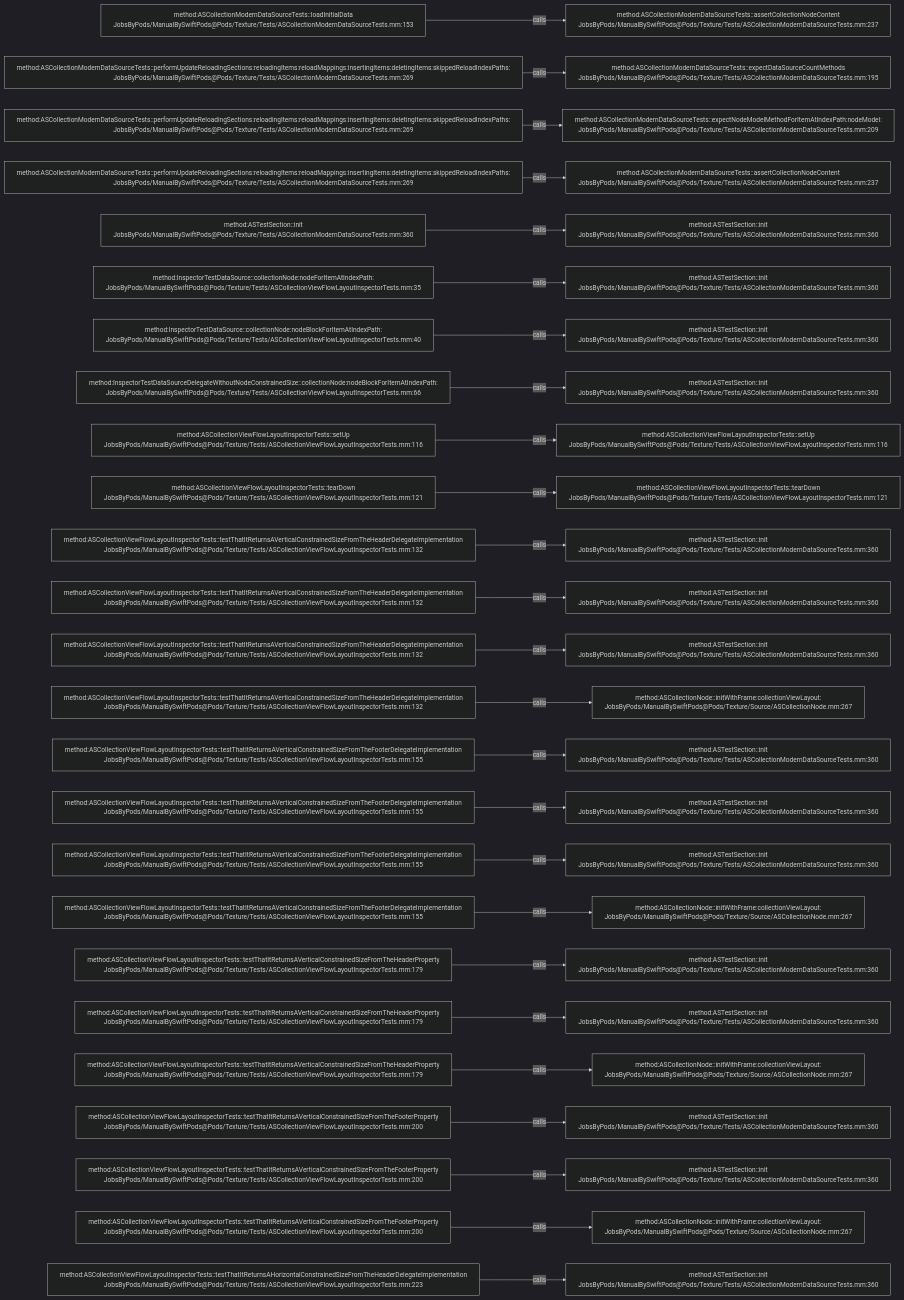
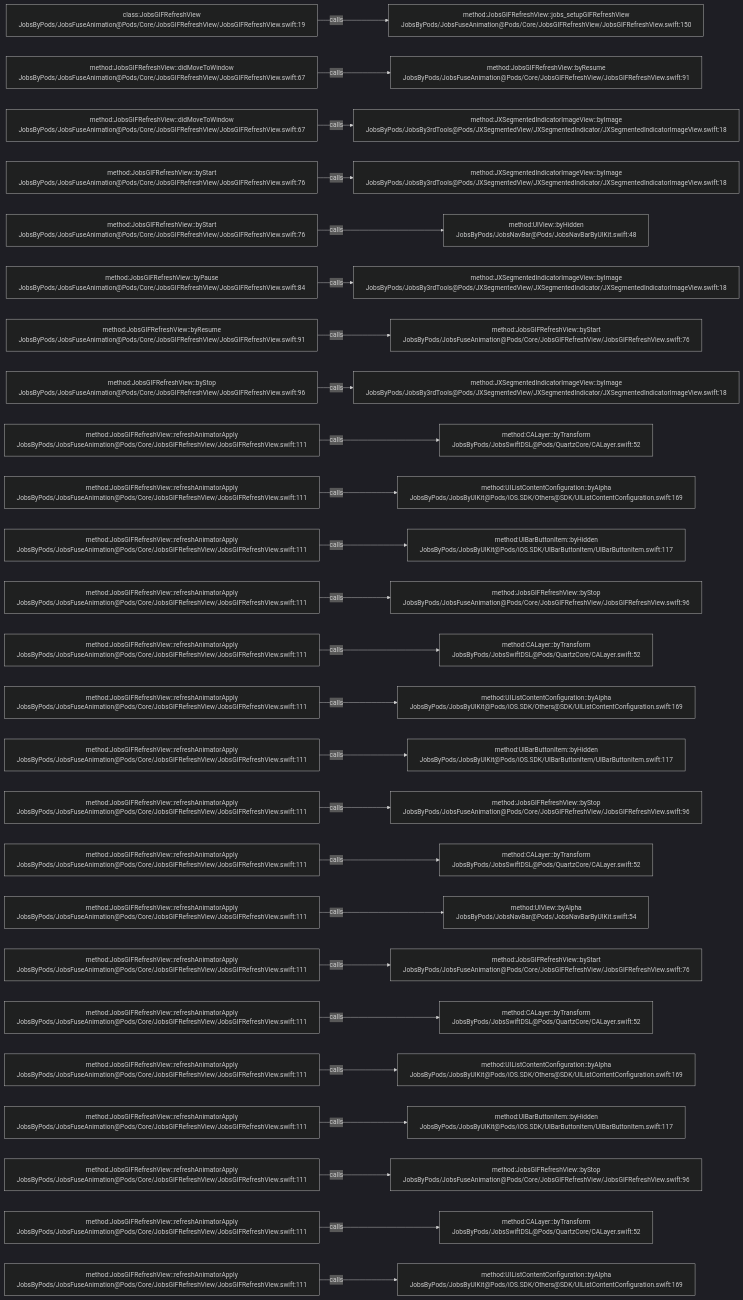
One commit to JobsKits/JobsSwiftBaseConfigDemo changed the diagram in .codegraph/codegraph.md/graphs/calls-168.md. Above: the diagram before and after it, drawn with Mermaid (dark theme). The commit also changed 224 other files, not shown here.

````diff
--- a/.codegraph/codegraph.md/graphs/calls-168.md
+++ b/.codegraph/codegraph.md/graphs/calls-168.md
@@ -13,78 +13,78 @@
 ```mermaid
 flowchart LR
-  S1["method:ASCollectionModernDataSourceTests::loadInitialData<br/>JobsByPods/ManualBySwiftPods@Pods/Texture/Tests/ASCollectionModernDataSourceTests.mm:153"]
-  T1["method:ASCollectionModernDataSourceTests::assertCollectionNodeContent<br/>JobsByPods/ManualBySwiftPods@Pods/Texture/Tests/ASCollectionModernDataSourceTests.mm:237"]
+  S1["class:JobsGIFRefreshView<br/>JobsByPods/JobsFuseAnimation@Pods/Core/JobsGIFRefreshView/JobsGIFRefreshView.swift:19"]
+  T1["method:JobsGIFRefreshView::jobs_setupGIFRefreshView<br/>JobsByPods/JobsFuseAnimation@Pods/Core/JobsGIFRefreshView/JobsGIFRefreshView.swift:150"]
   S1 -->|calls| T1
-  S2["method:ASCollectionModernDataSourceTests::performUpdateReloadingSections:reloadingItems:reloadMappings:insertingItems:deletingItems:skippedReloadIndexPaths:<br/>JobsByPods/ManualBySwiftPods@Pods/Texture/Tests/ASCollectionModernDataSourceTests.mm:269"]
-  T2["method:ASCollectionModernDataSourceTests::expectDataSourceCountMethods<br/>JobsByPods/ManualBySwiftPods@Pods/Texture/Tests/ASCollectionModernDataSourceTests.mm:195"]
+  S2["method:JobsGIFRefreshView::didMoveToWindow<br/>JobsByPods/JobsFuseAnimation@Pods/Core/JobsGIFRefreshView/JobsGIFRefreshView.swift:67"]
+  T2["method:JobsGIFRefreshView::byResume<br/>JobsByPods/JobsFuseAnimation@Pods/Core/JobsGIFRefreshView/JobsGIFRefreshView.swift:91"]
   S2 -->|calls| T2
-  S3["method:ASCollectionModernDataSourceTests::performUpdateReloadingSections:reloadingItems:reloadMappings:insertingItems:deletingItems:skippedReloadIndexPaths:<br/>JobsByPods/ManualBySwiftPods@Pods/Texture/Tests/ASCollectionModernDataSourceTests.mm:269"]
-  T3["method:ASCollectionModernDataSourceTests::expectNodeModelMethodForItemAtIndexPath:nodeModel:<br/>JobsByPods/ManualBySwiftPods@Pods/Texture/Tests/ASCollectionModernDataSourceTests.mm:209"]
+  S3["method:JobsGIFRefreshView::didMoveToWindow<br/>JobsByPods/JobsFuseAnimation@Pods/Core/JobsGIFRefreshView/JobsGIFRefreshView.swift:67"]
+  T3["method:JXSegmentedIndicatorImageView::byImage<br/>JobsByPods/JobsBy3rdTools@Pods/JXSegmentedView/JXSegmentedIndicator/JXSegmentedIndicatorImageView.swift:18"]
   S3 -->|calls| T3
-  S4["method:ASCollectionModernDataSourceTests::performUpdateReloadingSections:reloadingItems:reloadMappings:insertingItems:deletingItems:skippedReloadIndexPaths:<br/>JobsByPods/ManualBySwiftPods@Pods/Texture/Tests/ASCollectionModernDataSourceTests.mm:269"]
-  T4["method:ASCollectionModernDataSourceTests::assertCollectionNodeContent<br/>JobsByPods/ManualBySwiftPods@Pods/Texture/Tests/ASCollectionModernDataSourceTests.mm:237"]
+  S4["method:JobsGIFRefreshView::byStart<br/>JobsByPods/JobsFuseAnimation@Pods/Core/JobsGIFRefreshView/JobsGIFRefreshView.swift:76"]
+  T4["method:JXSegmentedIndicatorImageView::byImage<br/>JobsByPods/JobsBy3rdTools@Pods/JXSegmentedView/JXSegmentedIndicator/JXSegmentedIndicatorImageView.swift:18"]
   S4 -->|calls| T4
-  S5["method:ASTestSection::init<br/>JobsByPods/ManualBySwiftPods@Pods/Texture/Tests/ASCollectionModernDataSourceTests.mm:360"]
-  T5["method:ASTestSection::init<br/>JobsByPods/ManualBySwiftPods@Pods/Texture/Tests/ASCollectionModernDataSourceTests.mm:360"]
+  S5["method:JobsGIFRefreshView::byStart<br/>JobsByPods/JobsFuseAnimation@Pods/Core/JobsGIFRefreshView/JobsGIFRefreshView.swift:76"]
+  T5["method:UIView::byHidden<br/>JobsByPods/JobsNavBar@Pods/JobsNavBarByUIKit.swift:48"]
   S5 -->|calls| T5
-  S6["method:InspectorTestDataSource::collectionNode:nodeForItemAtIndexPath:<br/>JobsByPods/ManualBySwiftPods@Pods/Texture/Tests/ASCollectionViewFlowLayoutInspectorTests.mm:35"]
-  T6["method:ASTestSection::init<br/>JobsByPods/ManualBySwiftPods@Pods/Texture/Tests/ASCollectionModernDataSourceTests.mm:360"]
+  S6["method:JobsGIFRefreshView::byPause<br/>JobsByPods/JobsFuseAnimation@Pods/Core/JobsGIFRefreshView/JobsGIFRefreshView.swift:84"]
+  T6["method:JXSegmentedIndicatorImageView::byImage<br/>JobsByPods/JobsBy3rdTools@Pods/JXSegmentedView/JXSegmentedIndicator/JXSegmentedIndicatorImageView.swift:18"]
   S6 -->|calls| T6
-  S7["method:InspectorTestDataSource::collectionNode:nodeBlockForItemAtIndexPath:<br/>JobsByPods/ManualBySwiftPods@Pods/Texture/Tests/ASCollectionViewFlowLayoutInspectorTests.mm:40"]
-  T7["method:ASTestSection::init<br/>JobsByPods/ManualBySwiftPods@Pods/Texture/Tests/ASCollectionModernDataSourceTests.mm:360"]
+  S7["method:JobsGIFRefreshView::byResume<br/>JobsByPods/JobsFuseAnimation@Pods/Core/JobsGIFRefreshView/JobsGIFRefreshView.swift:91"]
+  T7["method:JobsGIFRefreshView::byStart<br/>JobsByPods/JobsFuseAnimation@Pods/Core/JobsGIFRefreshView/JobsGIFRefreshView.swift:76"]
   S7 -->|calls| T7
-  S8["method:InspectorTestDataSourceDelegateWithoutNodeConstrainedSize::collectionNode:nodeBlockForItemAtIndexPath:<br/>JobsByPods/ManualBySwiftPods@Pods/Texture/Tests/ASCollectionViewFlowLayoutInspectorTests.mm:66"]
-  T8["method:ASTestSection::init<br/>JobsByPods/ManualBySwiftPods@Pods/Texture/Tests/ASCollectionModernDataSourceTests.mm:360"]
+  S8["method:JobsGIFRefreshView::byStop<br/>JobsByPods/JobsFuseAnimation@Pods/Core/JobsGIFRefreshView/JobsGIFRefreshView.swift:96"]
+  T8["method:JXSegmentedIndicatorImageView::byImage<br/>JobsByPods/JobsBy3rdTools@Pods/JXSegmentedView/JXSegmentedIndicator/JXSegmentedIndicatorImageView.swift:18"]
   S8 -->|calls| T8
-  S9["method:ASCollectionViewFlowLayoutInspectorTests::setUp<br/>JobsByPods/ManualBySwiftPods@Pods/Texture/Tests/ASCollectionViewFlowLayoutInspectorTests.mm:116"]
-  T9["method:ASCollectionViewFlowLayoutInspectorTests::setUp<br/>JobsByPods/ManualBySwiftPods@Pods/Texture/Tests/ASCollectionViewFlowLayoutInspectorTests.mm:116"]
+  S9["method:JobsGIFRefreshView::refreshAnimatorApply<br/>JobsByPods/JobsFuseAnimation@Pods/Core/JobsGIFRefreshView/JobsGIFRefreshView.swift:111"]
+  T9["method:CALayer::byTransform<br/>JobsByPods/JobsSwiftDSL@Pods/QuartzCore/CALayer.swift:52"]
   S9 -->|calls| T9
-  S10["method:ASCollectionViewFlowLayoutInspectorTests::tearDown<br/>JobsByPods/ManualBySwiftPods@Pods/Texture/Tests/ASCollectionViewFlowLayoutInspectorTests.mm:121"]
-  T10["method:ASCollectionViewFlowLayoutInspectorTests::tearDown<br/>JobsByPods/ManualBySwiftPods@Pods/Texture/Tests/ASCollectionViewFlowLayoutInspectorTests.mm:121"]
+  S10["method:JobsGIFRefreshView::refreshAnimatorApply<br/>JobsByPods/JobsFuseAnimation@Pods/Core/JobsGIFRefreshView/JobsGIFRefreshView.swift:111"]
+  T10["method:UIListContentConfiguration::byAlpha<br/>JobsByPods/JobsByUIKit@Pods/iOS.SDK/Others@SDK/UIListContentConfiguration.swift:169"]
   S10 -->|calls| T10
-  S11["method:ASCollectionViewFlowLayoutInspectorTests::testThatItReturnsAVerticalConstrainedSizeFromTheHeaderDelegateImplementation<br/>JobsByPods/ManualBySwiftPods@Pods/Texture/Tests/ASCollectionViewFlowLayoutInspectorTests.mm:132"]
-  T11["method:ASTestSection::init<br/>JobsByPods/ManualBySwiftPods@Pods/Texture/Tests/ASCollectionModernDataSourceTests.mm:360"]
+  S11["method:JobsGIFRefreshView::refreshAnimatorApply<br/>JobsByPods/JobsFuseAnimation@Pods/Core/JobsGIFRefreshView/JobsGIFRefreshView.swift:111"]
+  T11["method:UIBarButtonItem::byHidden<br/>JobsByPods/JobsByUIKit@Pods/iOS.SDK/UIBarButtonItem/UIBarButtonItem.swift:117"]
   S11 -->|calls| T11
-  S12["method:ASCollectionViewFlowLayoutInspectorTests::testThatItReturnsAVerticalConstrainedSizeFromTheHeaderDelegateImplementation<br/>JobsByPods/ManualBySwiftPods@Pods/Texture/Tests/ASCollectionViewFlowLayoutInspectorTests.mm:132"]
-  T12["method:ASTestSection::init<br/>JobsByPods/ManualBySwiftPods@Pods/Texture/Tests/ASCollectionModernDataSourceTests.mm:360"]
+  S12["method:JobsGIFRefreshView::refreshAnimatorApply<br/>JobsByPods/JobsFuseAnimation@Pods/Core/JobsGIFRefreshView/JobsGIFRefreshView.swift:111"]
+  T12["method:JobsGIFRefreshView::byStop<br/>JobsByPods/JobsFuseAnimation@Pods/Core/JobsGIFRefreshView/JobsGIFRefreshView.swift:96"]
   S12 -->|calls| T12
-  S13["method:ASCollectionViewFlowLayoutInspectorTests::testThatItReturnsAVerticalConstrainedSizeFromTheHeaderDelegateImplementation<br/>JobsByPods/ManualBySwiftPods@Pods/Texture/Tests/ASCollectionViewFlowLayoutInspectorTests.mm:132"]
-  T13["method:ASTestSection::init<br/>JobsByPods/ManualBySwiftPods@Pods/Texture/Tests/ASCollectionModernDataSourceTests.mm:360"]
+  S13["method:JobsGIFRefreshView::refreshAnimatorApply<br/>JobsByPods/JobsFuseAnimation@Pods/Core/JobsGIFRefreshView/JobsGIFRefreshView.swift:111"]
+  T13["method:CALayer::byTransform<br/>JobsByPods/JobsSwiftDSL@Pods/QuartzCore/CALayer.swift:52"]
   S13 -->|calls| T13
-  S14["method:ASCollectionViewFlowLayoutInspectorTests::testThatItReturnsAVerticalConstrainedSizeFromTheHeaderDelegateImplementation<br/>JobsByPods/ManualBySwiftPods@Pods/Texture/Tests/ASCollectionViewFlowLayoutInspectorTests.mm:132"]
-  T14["method:ASCollectionNode::initWithFrame:collectionViewLayout:<br/>JobsByPods/ManualBySwiftPods@Pods/Texture/Source/ASCollectionNode.mm:267"]
+  S14["method:JobsGIFRefreshView::refreshAnimatorApply<br/>JobsByPods/JobsFuseAnimation@Pods/Core/JobsGIFRefreshView/JobsGIFRefreshView.swift:111"]
+  T14["method:UIListContentConfiguration::byAlpha<br/>JobsByPods/JobsByUIKit@Pods/iOS.SDK/Others@SDK/UIListContentConfiguration.swift:169"]
   S14 -->|calls| T14
-  S15["method:ASCollectionViewFlowLayoutInspectorTests::testThatItReturnsAVerticalConstrainedSizeFromTheFooterDelegateImplementation<br/>JobsByPods/ManualBySwiftPods@Pods/Texture/Tests/ASCollectionViewFlowLayoutInspectorTests.mm:155"]
-  T15["method:ASTestSection::init<br/>JobsByPods/ManualBySwiftPods@Pods/Texture/Tests/ASCollectionModernDataSourceTests.mm:360"]
+  S15["method:JobsGIFRefreshView::refreshAnimatorApply<br/>JobsByPods/JobsFuseAnimation@Pods/Core/JobsGIFRefreshView/JobsGIFRefreshView.swift:111"]
+  T15["method:UIBarButtonItem::byHidden<br/>JobsByPods/JobsByUIKit@Pods/iOS.SDK/UIBarButtonItem/UIBarButtonItem.swift:117"]
   S15 -->|calls| T15
-  S16["method:ASCollectionViewFlowLayoutInspectorTests::testThatItReturnsAVerticalConstrainedSizeFromTheFooterDelegateImplementation<br/>JobsByPods/ManualBySwiftPods@Pods/Texture/Tests/ASCollectionViewFlowLayoutInspectorTests.mm:155"]
-  T16["method:ASTestSection::init<br/>JobsByPods/ManualBySwiftPods@Pods/Texture/Tests/ASCollectionModernDataSourceTests.mm:360"]
+  S16["method:JobsGIFRefreshView::refreshAnimatorApply<br/>JobsByPods/JobsFuseAnimation@Pods/Core/JobsGIFRefreshView/JobsGIFRefreshView.swift:111"]
+  T16["method:JobsGIFRefreshView::byStop<br/>JobsByPods/JobsFuseAnimation@Pods/Core/JobsGIFRefreshView/JobsGIFRefreshView.swift:96"]
   S16 -->|calls| T16
-  S17["method:ASCollectionViewFlowLayoutInspectorTests::testThatItReturnsAVerticalConstrainedSizeFromTheFooterDelegateImplementation<br/>JobsByPods/ManualBySwiftPods@Pods/Texture/Tests/ASCollectionViewFlowLayoutInspectorTests.mm:155"]
-  T17["method:ASTestSection::init<br/>JobsByPods/ManualBySwiftPods@Pods/Texture/Tests/ASCollectionModernDataSourceTests.mm:360"]
+  S17["method:JobsGIFRefreshView::refreshAnimatorApply<br/>JobsByPods/JobsFuseAnimation@Pods/Core/JobsGIFRefreshView/JobsGIFRefreshView.swift:111"]
+  T17["method:CALayer::byTransform<br/>JobsByPods/JobsSwiftDSL@Pods/QuartzCore/CALayer.swift:52"]
   S17 -->|calls| T17
-  S18["method:ASCollectionViewFlowLayoutInspectorTests::testThatItReturnsAVerticalConstrainedSizeFromTheFooterDelegateImplementation<br/>JobsByPods/ManualBySwiftPods@Pods/Texture/Tests/ASCollectionViewFlowLayoutInspectorTests.mm:155"]
-  T18["method:ASCollectionNode::initWithFrame:collectionViewLayout:<br/>JobsByPods/ManualBySwiftPods@Pods/Texture/Source/ASCollectionNode.mm:267"]
+  S18["method:JobsGIFRefreshView::refreshAnimatorApply<br/>JobsByPods/JobsFuseAnimation@Pods/Core/JobsGIFRefreshView/JobsGIFRefreshView.swift:111"]
+  T18["method:UIView::byAlpha<br/>JobsByPods/JobsNavBar@Pods/JobsNavBarByUIKit.swift:54"]
   S18 -->|calls| T18
-  S19["method:ASCollectionViewFlowLayoutInspectorTests::testThatItReturnsAVerticalConstrainedSizeFromTheHeaderProperty<br/>JobsByPods/ManualBySwiftPods@Pods/Texture/Tests/ASCollectionViewFlowLayoutInspectorTests.mm:179"]
-  T19["method:ASTestSection::init<br/>JobsByPods/ManualBySwiftPods@Pods/Texture/Tests/ASCollectionModernDataSourceTests.mm:360"]
+  S19["method:JobsGIFRefreshView::refreshAnimatorApply<br/>JobsByPods/JobsFuseAnimation@Pods/Core/JobsGIFRefreshView/JobsGIFRefreshView.swift:111"]
+  T19["method:JobsGIFRefreshView::byStart<br/>JobsByPods/JobsFuseAnimation@Pods/Core/JobsGIFRefreshView/JobsGIFRefreshView.swift:76"]
   S19 -->|calls| T19
-  S20["method:ASCollectionViewFlowLayoutInspectorTests::testThatItReturnsAVerticalConstrainedSizeFromTheHeaderProperty<br/>JobsByPods/ManualBySwiftPods@Pods/Texture/Tests/ASCollectionViewFlowLayoutInspectorTests.mm:179"]
-  T20["method:ASTestSection::init<br/>JobsByPods/ManualBySwiftPods@Pods/Texture/Tests/ASCollectionModernDataSourceTests.mm:360"]
+  S20["method:JobsGIFRefreshView::refreshAnimatorApply<br/>JobsByPods/JobsFuseAnimation@Pods/Core/JobsGIFRefreshView/JobsGIFRefreshView.swift:111"]
+  T20["method:CALayer::byTransform<br/>JobsByPods/JobsSwiftDSL@Pods/QuartzCore/CALayer.swift:52"]
   S20 -->|calls| T20
-  S21["method:ASCollectionViewFlowLayoutInspectorTests::testThatItReturnsAVerticalConstrainedSizeFromTheHeaderProperty<br/>JobsByPods/ManualBySwiftPods@Pods/Texture/Tests/ASCollectionViewFlowLayoutInspectorTests.mm:179"]
-  T21["method:ASCollectionNode::initWithFrame:collectionViewLayout:<br/>JobsByPods/ManualBySwiftPods@Pods/Texture/Source/ASCollectionNode.mm:267"]
+  S21["method:JobsGIFRefreshView::refreshAnimatorApply<br/>JobsByPods/JobsFuseAnimation@Pods/Core/JobsGIFRefreshView/JobsGIFRefreshView.swift:111"]
+  T21["method:UIListContentConfiguration::byAlpha<br/>JobsByPods/JobsByUIKit@Pods/iOS.SDK/Others@SDK/UIListContentConfiguration.swift:169"]
   S21 -->|calls| T21
-  S22["method:ASCollectionViewFlowLayoutInspectorTests::testThatItReturnsAVerticalConstrainedSizeFromTheFooterProperty<br/>JobsByPods/ManualBySwiftPods@Pods/Texture/Tests/ASCollectionViewFlowLayoutInspectorTests.mm:200"]
-  T22["method:ASTestSection::init<br/>JobsByPods/ManualBySwiftPods@Pods/Texture/Tests/ASCollectionModernDataSourceTests.mm:360"]
+  S22["method:JobsGIFRefreshView::refreshAnimatorApply<br/>JobsByPods/JobsFuseAnimation@Pods/Core/JobsGIFRefreshView/JobsGIFRefreshView.swift:111"]
+  T22["method:UIBarButtonItem::byHidden<br/>JobsByPods/JobsByUIKit@Pods/iOS.SDK/UIBarButtonItem/UIBarButtonItem.swift:117"]
   S22 -->|calls| T22
-  S23["method:ASCollectionViewFlowLayoutInspectorTests::testThatItReturnsAVerticalConstrainedSizeFromTheFooterProperty<br/>JobsByPods/ManualBySwiftPods@Pods/Texture/Tests/ASCollectionViewFlowLayoutInspectorTests.mm:200"]
-  T23["method:ASTestSection::init<br/>JobsByPods/ManualBySwiftPods@Pods/Texture/Tests/ASCollectionModernDataSourceTests.mm:360"]
+  S23["method:JobsGIFRefreshView::refreshAnimatorApply<br/>JobsByPods/JobsFuseAnimation@Pods/Core/JobsGIFRefreshView/JobsGIFRefreshView.swift:111"]
+  T23["method:JobsGIFRefreshView::byStop<br/>JobsByPods/JobsFuseAnimation@Pods/Core/JobsGIFRefreshView/JobsGIFRefreshView.swift:96"]
   S23 -->|calls| T23
-  S24["method:ASCollectionViewFlowLayoutInspectorTests::testThatItReturnsAVerticalConstrainedSizeFromTheFooterProperty<br/>JobsByPods/ManualBySwiftPods@Pods/Texture/Tests/ASCollectionViewFlowLayoutInspectorTests.mm:200"]
-  T24["method:ASCollectionNode::initWithFrame:collectionViewLayout:<br/>JobsByPods/ManualBySwiftPods@Pods/Texture/Source/ASCollectionNode.mm:267"]
+  S24["method:JobsGIFRefreshView::refreshAnimatorApply<br/>JobsByPods/JobsFuseAnimation@Pods/Core/JobsGIFRefreshView/JobsGIFRefreshView.swift:111"]
+  T24["method:CALayer::byTransform<br/>JobsByPods/JobsSwiftDSL@Pods/QuartzCore/CALayer.swift:52"]
   S24 -->|calls| T24
-  S25["method:ASCollectionViewFlowLayoutInspectorTests::testThatItReturnsAHorizontalConstrainedSizeFromTheHeaderDelegateImplementation<br/>JobsByPods/ManualBySwiftPods@Pods/Texture/Tests/ASCollectionViewFlowLayoutInspectorTests.mm:223"]
-  T25["method:ASTestSection::init<br/>JobsByPods/ManualBySwiftPods@Pods/Texture/Tests/ASCollectionModernDataSourceTests.mm:360"]
+  S25["method:JobsGIFRefreshView::refreshAnimatorApply<br/>JobsByPods/JobsFuseAnimation@Pods/Core/JobsGIFRefreshView/JobsGIFRefreshView.swift:111"]
+  T25["method:UIListContentConfiguration::byAlpha<br/>JobsByPods/JobsByUIKit@Pods/iOS.SDK/Others@SDK/UIListContentConfiguration.swift:169"]
   S25 -->|calls| T25
 ```
````
